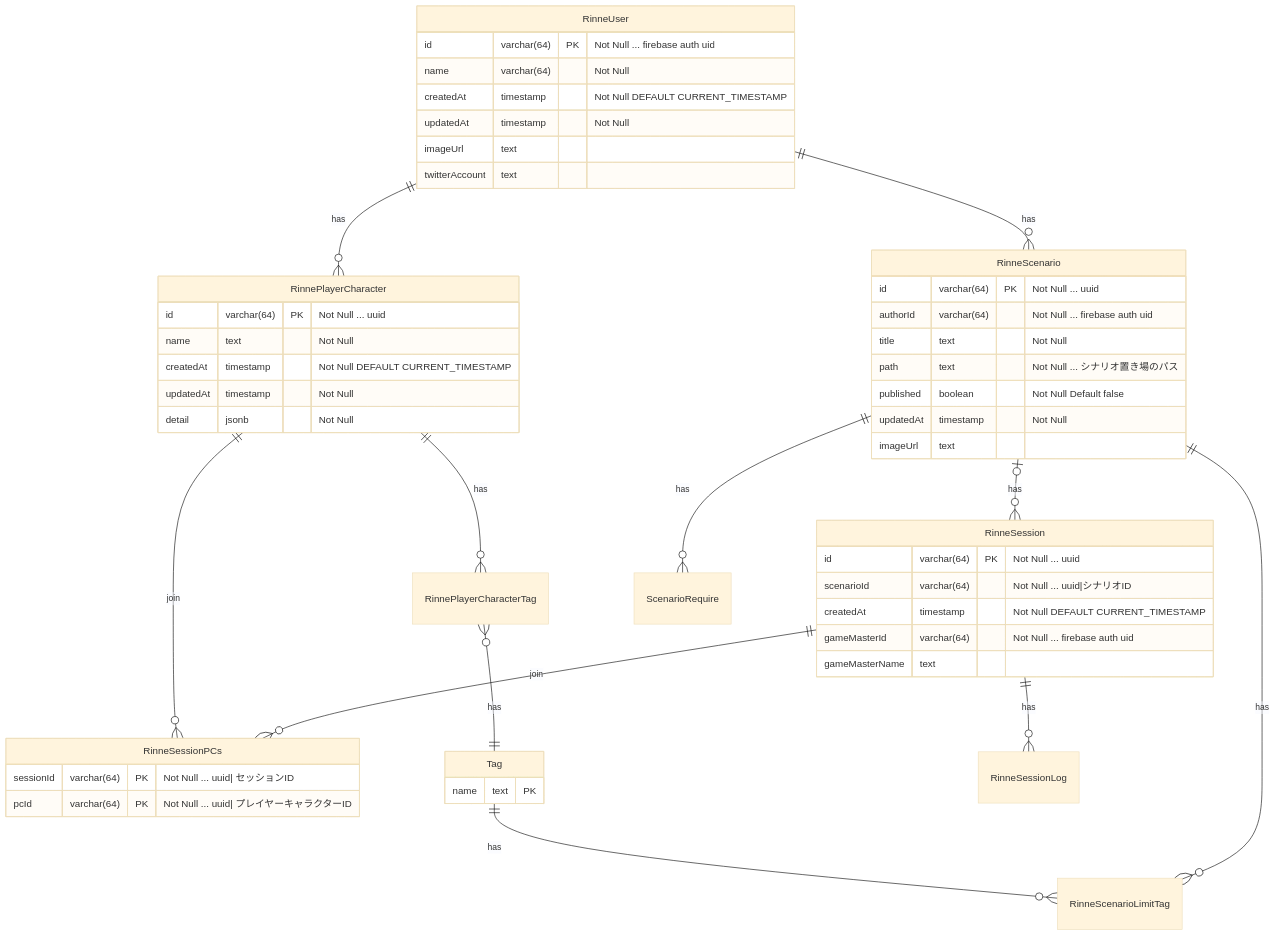
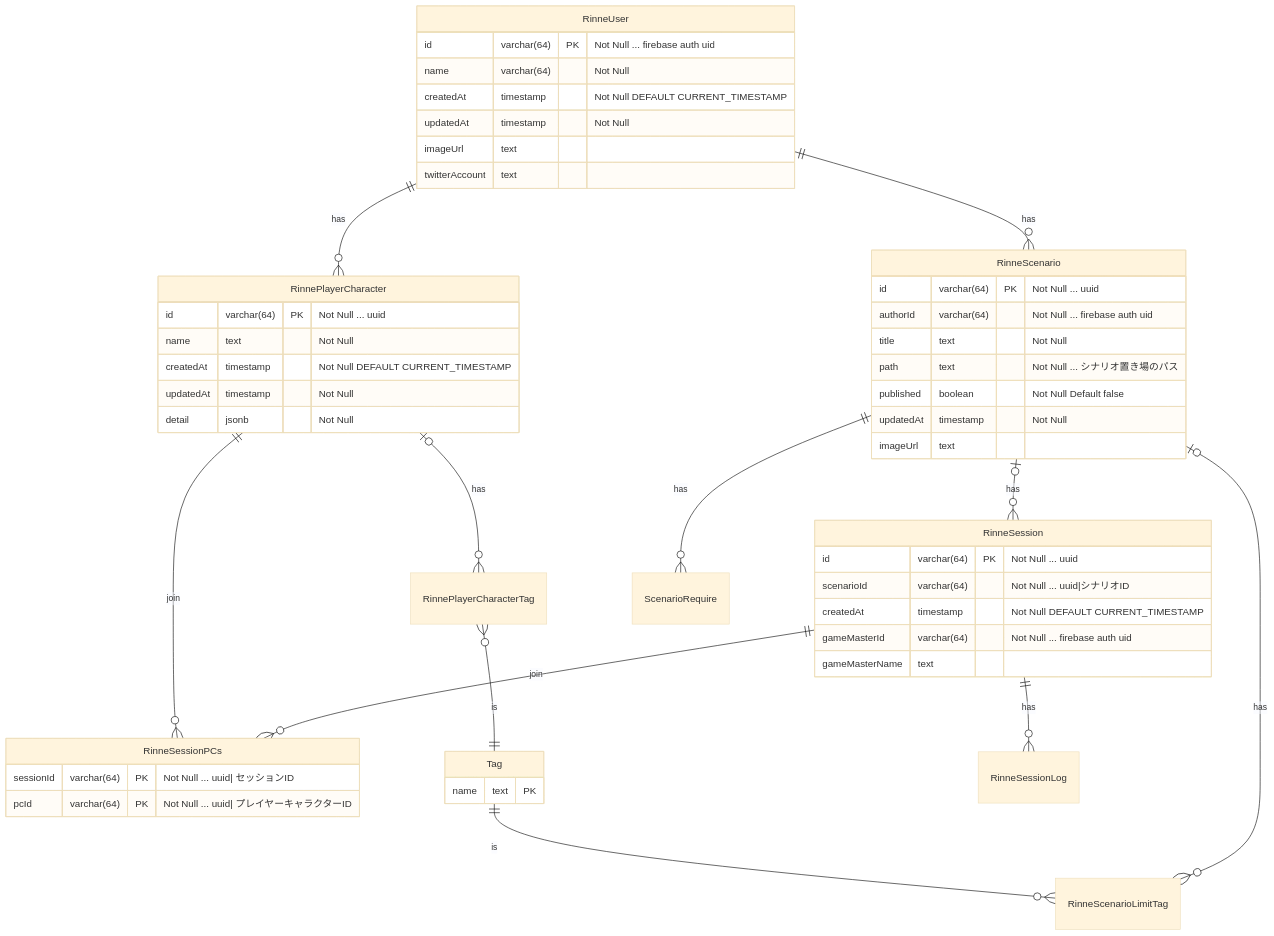
One commit to hibohiboo/RinneCircle changed the diagram in docs/astro/src/pages/ja/db/index.md. Above: the diagram before and after it, drawn with Mermaid (base theme). The commit also changed other lines of this file, not shown here.

Commit message:
add 設計 AB#396

```diff
--- a/docs/astro/src/pages/ja/db/index.md
+++ b/docs/astro/src/pages/ja/db/index.md
@@ -56,54 +56,54 @@
 <pre class="mermaid">
 erDiagram
     RinneUser {
         id varchar(64)  PK "Not Null ... firebase auth uid"
         name varchar(64)  "Not Null"
         createdAt timestamp  "Not Null DEFAULT CURRENT_TIMESTAMP"
         updatedAt timestamp  "Not Null"
         imageUrl text   
         twitterAccount text
     }
     RinneScenario {
         id varchar(64)  PK "Not Null ... uuid"
         authorId varchar(64)     "Not Null ... firebase auth uid"
         title text   "Not Null"
         path text  "Not Null ... シナリオ置き場のパス"
         published boolean  "Not Null Default false"
         updatedAt timestamp  "Not Null"
         imageUrl text   
     }
     RinneUser ||--o{ RinneScenario : has
     RinneSession {
         id varchar(64)  PK "Not Null ... uuid"
         scenarioId varchar(64) "Not Null ... uuid|シナリオID"
         createdAt timestamp  "Not Null DEFAULT CURRENT_TIMESTAMP"
         gameMasterId varchar(64)   "Not Null ... firebase auth uid"
         gameMasterName text
     }
     RinneScenario o|--o{ RinneSession : has
     RinnePlayerCharacter {
         id varchar(64)  PK "Not Null ... uuid"
         name text "Not Null"
         createdAt timestamp  "Not Null DEFAULT CURRENT_TIMESTAMP"
         updatedAt timestamp  "Not Null"
         detail jsonb "Not Null"
     }
     RinneUser ||--o{ RinnePlayerCharacter : has
 
     RinneSessionPCs {
         sessionId varchar(64)  PK "Not Null ... uuid| セッションID"
         pcId varchar(64)  PK "Not Null ... uuid| プレイヤーキャラクターID"
     }
     RinneSession  ||--o{ RinneSessionPCs : join
     RinnePlayerCharacter  ||--o{ RinneSessionPCs : join
     Tag {
         name text PK
     }
-    RinneScenario ||--o{ RinneScenarioLimitTag: has
-    Tag ||--o{ RinneScenarioLimitTag: has
-    RinnePlayerCharacter ||--o{ RinnePlayerCharacterTag: has
-    RinnePlayerCharacterTag }o--|| Tag: has
+    RinneScenario o|--o{ RinneScenarioLimitTag: has
+    Tag ||--o{ RinneScenarioLimitTag: is
+    RinnePlayerCharacter o|--o{ RinnePlayerCharacterTag: has
+    RinnePlayerCharacterTag }o--|| Tag: is
     RinneSession  ||--o{ RinneSessionLog : has
     RinneScenario ||--o{ ScenarioRequire: has
 
 </pre>
```
